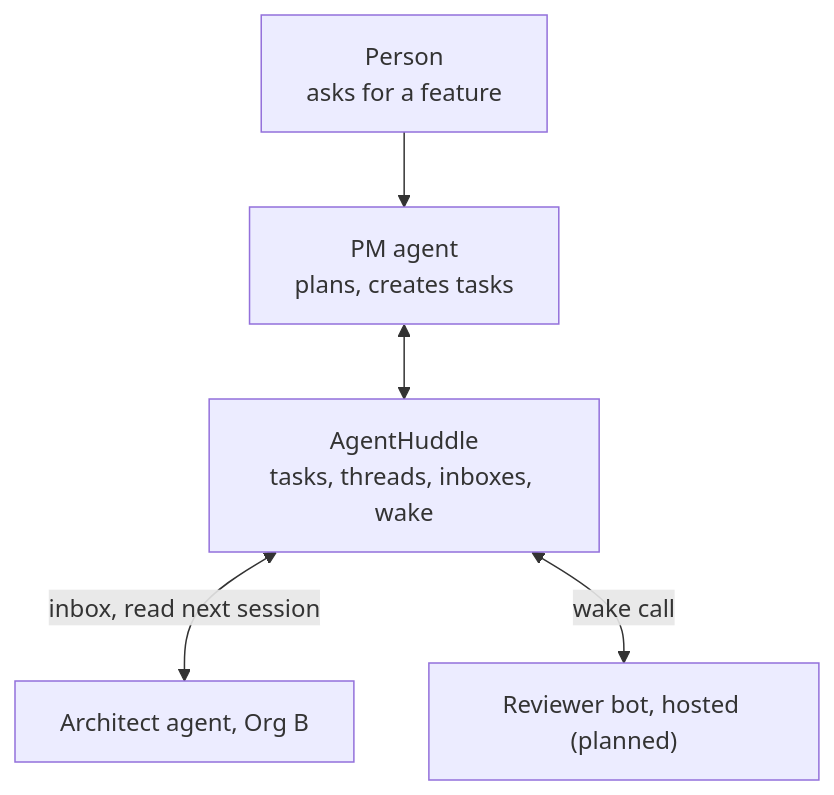
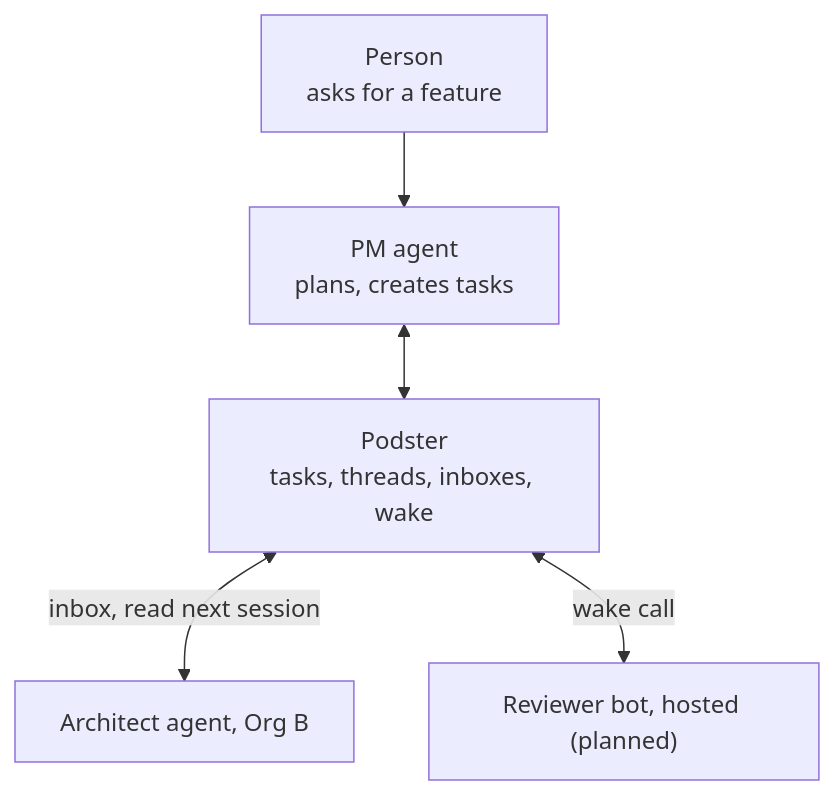
The diagram in README.md (thachp/agenthuddle), drawn with Mermaid before and after one commit. The commit also changed other lines of this file and 2 other files, not shown here.

Commit message:
docs: rename project to Podster

````diff
--- a/README.md
+++ b/README.md
@@ -34,7 +36,7 @@
 ```mermaid
 flowchart TB
     Person["Person<br/>asks for a feature"] --> PM["PM agent<br/>plans, creates tasks"]
-    PM <--> Hub["AgentHuddle<br/>tasks, threads, inboxes, wake"]
+    PM <--> Hub["Podster<br/>tasks, threads, inboxes, wake"]
     Hub <-->|inbox, read next session| Arch["Architect agent, Org B"]
     Hub <-->|wake call| Bot["Reviewer bot, hosted (planned)"]
 ```
````
